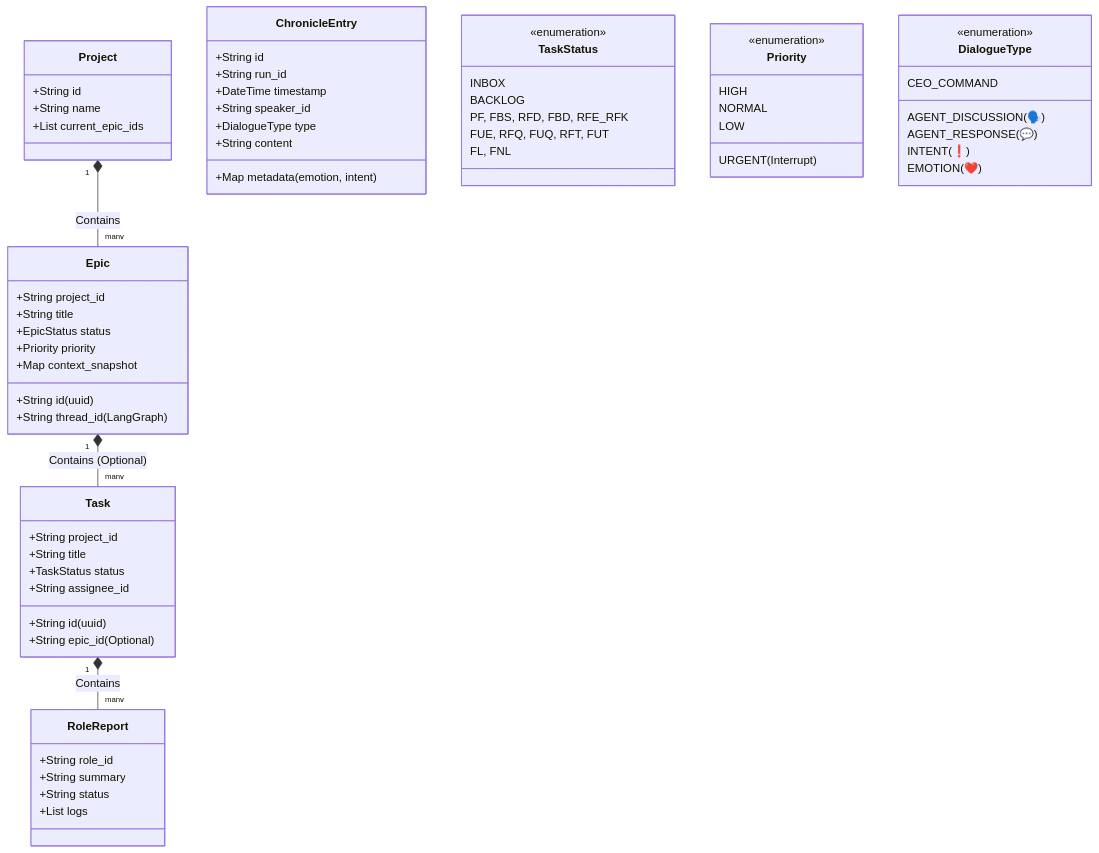
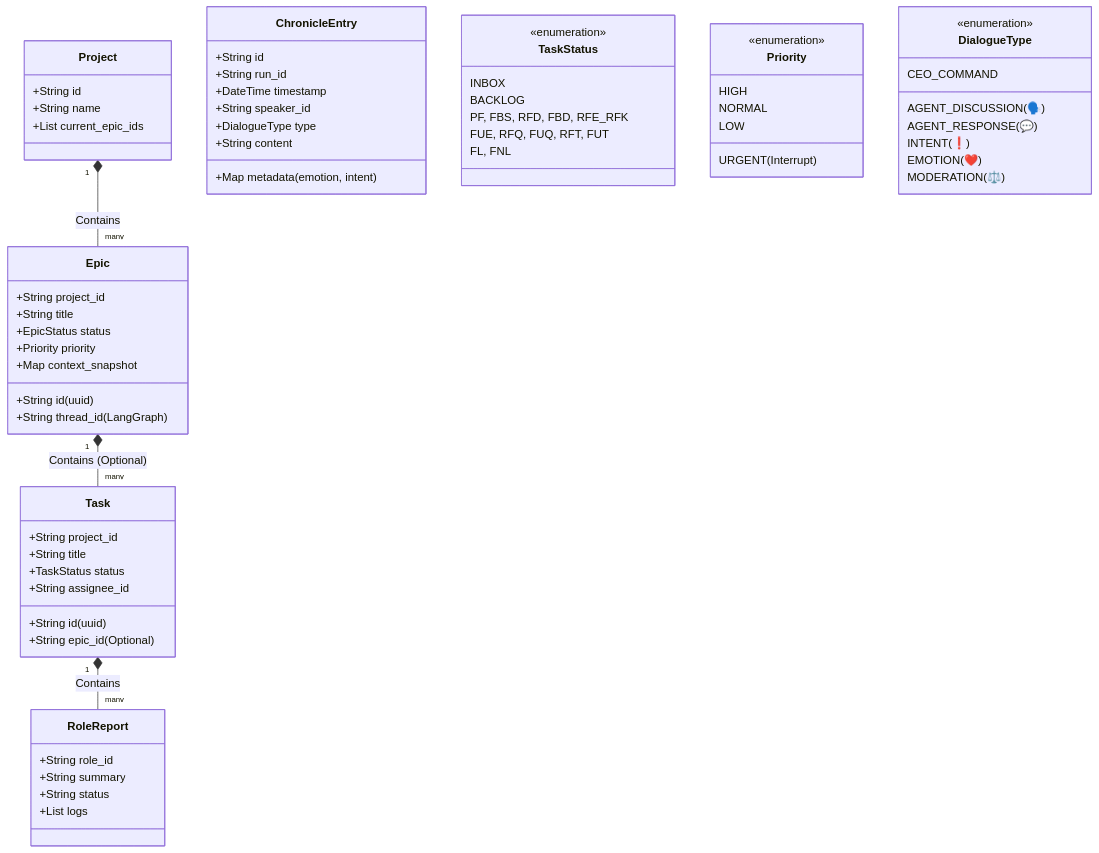
The second of 4 diagrams in docs/core/process/SYSTEM_DESIGN_V1_0.md (KyleL22/yuna-openclaw), drawn with Mermaid before and after one commit. The commit also changed other lines of this file, not shown here.

````diff
--- a/docs/core/process/SYSTEM_DESIGN_V1_0.md
+++ b/docs/core/process/SYSTEM_DESIGN_V1_0.md
@@ -68,76 +72,77 @@
 ```mermaid
 classDiagram
     %% Core Entities
     class Project {
         +String id
         +String name
         +List current_epic_ids
     }
 
     class Epic {
         +String id (uuid)
         +String project_id
         +String title
         +EpicStatus status
         +Priority priority
         +String thread_id (LangGraph)
         +Map context_snapshot
     }
 
     class Task {
         +String id (uuid)
         +String epic_id (Optional)
         +String project_id
         +String title
         +TaskStatus status
         +String assignee_id
     }
 
     class RoleReport {
         +String role_id
         +String summary
         +String status
         +List logs
     }
 
     class ChronicleEntry {
         +String id
         +String run_id
         +DateTime timestamp
         +String speaker_id
         +DialogueType type
         +String content
         +Map metadata (emotion, intent)
     }
 
     %% Enums
     class TaskStatus {
         <<enumeration>>
         INBOX
         BACKLOG
         PF, FBS, RFD, FBD, RFE_RFK
         FUE, RFQ, FUQ, RFT, FUT
         FL, FNL
     }
 
     class Priority {
         <<enumeration>>
         URGENT (Interrupt)
         HIGH
         NORMAL
         LOW
     }
 
     class DialogueType {
         <<enumeration>>
         CEO_COMMAND
         AGENT_DISCUSSION (🗣️)
         AGENT_RESPONSE (💬)
         INTENT (❗️)
         EMOTION (❤️)
+        MODERATION (⚖️)
     }
 
     Project "1" *-- "many" Epic : Contains
     Epic "1" *-- "many" Task : Contains (Optional)
     Task "1" *-- "many" RoleReport : Contains
 ```
````
